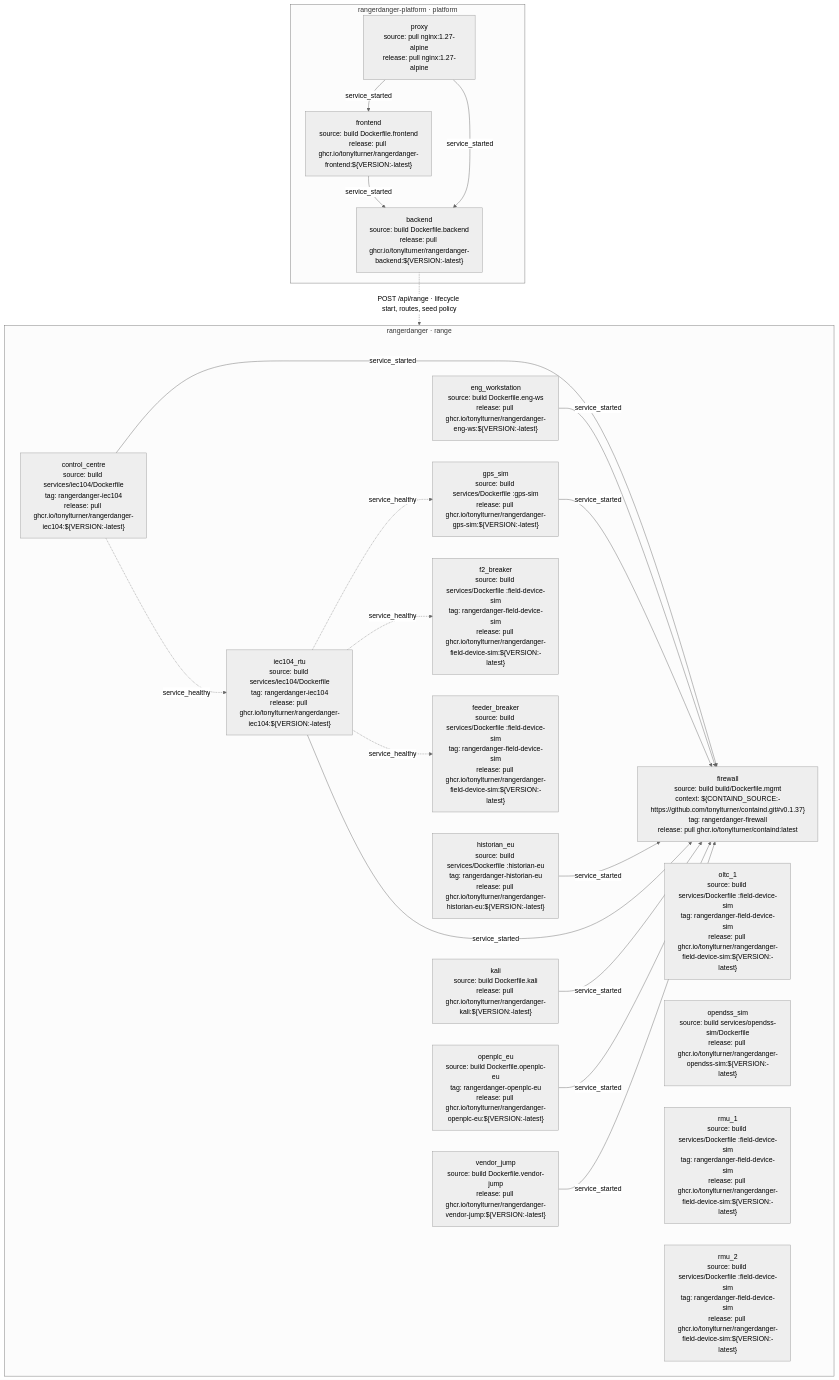
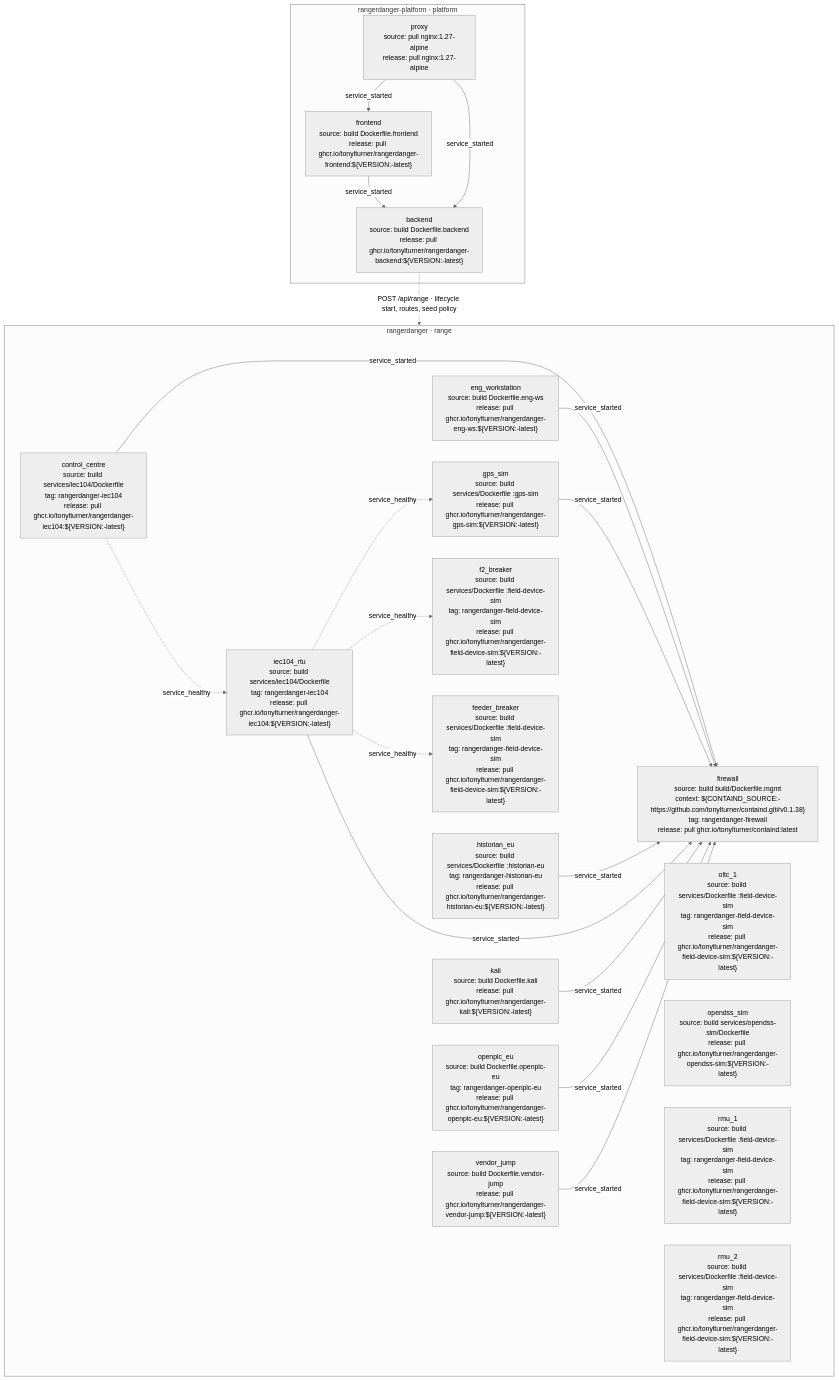
Before and after one commit to tonylturner/rangerdanger: the second of 5 diagrams in docs/architecture-diagram.md, drawn with Mermaid (neutral theme). The commit also changed other lines of this file and 5 other files, not shown here.

Commit message:
chore(containd): align source builds with release v0.1.38

````diff
--- a/docs/architecture-diagram.md
+++ b/docs/architecture-diagram.md
@@ -110,42 +110,42 @@
 ```mermaid
 flowchart TB
     subgraph n_eu_platform_fd8dd80811["rangerdanger-platform · platform"]
     n_eu_compose_backend_15fec7ecc7["backend<br/>source: build Dockerfile.backend<br/>release: pull ghcr.io/tonylturner/rangerdanger-backend:$#123;VERSION:-latest#125;"]
     n_eu_compose_frontend_3119788b25["frontend<br/>source: build Dockerfile.frontend<br/>release: pull ghcr.io/tonylturner/rangerdanger-frontend:$#123;VERSION:-latest#125;"]
     n_eu_compose_proxy_6dbc4a1028["proxy<br/>source: pull nginx:1.27-alpine<br/>release: pull nginx:1.27-alpine"]
     end
     n_eu_compose_frontend_3119788b25 -->|"service_started"| n_eu_compose_backend_15fec7ecc7
     n_eu_compose_proxy_6dbc4a1028 -->|"service_started"| n_eu_compose_backend_15fec7ecc7
     n_eu_compose_proxy_6dbc4a1028 -->|"service_started"| n_eu_compose_frontend_3119788b25
     subgraph n_eu_range_4e5f6bbc70["rangerdanger · range"]
     n_eu_compose_control_centre_4b800d8c10["control_centre<br/>source: build services/iec104/Dockerfile<br/>tag: rangerdanger-iec104<br/>release: pull ghcr.io/tonylturner/rangerdanger-iec104:$#123;VERSION:-latest#125;"]
     n_eu_compose_eng_workstation_2d3e74513d["eng_workstation<br/>source: build Dockerfile.eng-ws<br/>release: pull ghcr.io/tonylturner/rangerdanger-eng-ws:$#123;VERSION:-latest#125;"]
     n_eu_compose_f2_breaker_a576e4b257["f2_breaker<br/>source: build services/Dockerfile :field-device-sim<br/>tag: rangerdanger-field-device-sim<br/>release: pull ghcr.io/tonylturner/rangerdanger-field-device-sim:$#123;VERSION:-latest#125;"]
     n_eu_compose_feeder_breaker_7919f5a15f["feeder_breaker<br/>source: build services/Dockerfile :field-device-sim<br/>tag: rangerdanger-field-device-sim<br/>release: pull ghcr.io/tonylturner/rangerdanger-field-device-sim:$#123;VERSION:-latest#125;"]
-    n_eu_compose_firewall_9a9136ac1f["firewall<br/>source: build build/Dockerfile.mgmt<br/>context: $#123;CONTAIND_SOURCE:-https://github.com/tonylturner/containd.git#35;v0.1.37#125;<br/>tag: rangerdanger-firewall<br/>release: pull ghcr.io/tonylturner/containd:latest"]
+    n_eu_compose_firewall_9a9136ac1f["firewall<br/>source: build build/Dockerfile.mgmt<br/>context: $#123;CONTAIND_SOURCE:-https://github.com/tonylturner/containd.git#35;v0.1.38#125;<br/>tag: rangerdanger-firewall<br/>release: pull ghcr.io/tonylturner/containd:latest"]
     n_eu_compose_gps_sim_357317717a["gps_sim<br/>source: build services/Dockerfile :gps-sim<br/>release: pull ghcr.io/tonylturner/rangerdanger-gps-sim:$#123;VERSION:-latest#125;"]
     n_eu_compose_historian_eu_fdd66ce275["historian_eu<br/>source: build services/Dockerfile :historian-eu<br/>tag: rangerdanger-historian-eu<br/>release: pull ghcr.io/tonylturner/rangerdanger-historian-eu:$#123;VERSION:-latest#125;"]
     n_eu_compose_iec104_rtu_40cbbf549c["iec104_rtu<br/>source: build services/iec104/Dockerfile<br/>tag: rangerdanger-iec104<br/>release: pull ghcr.io/tonylturner/rangerdanger-iec104:$#123;VERSION:-latest#125;"]
     n_eu_compose_kali_cb199e11ae["kali<br/>source: build Dockerfile.kali<br/>release: pull ghcr.io/tonylturner/rangerdanger-kali:$#123;VERSION:-latest#125;"]
     n_eu_compose_oltc_1_be0f8efbee["oltc_1<br/>source: build services/Dockerfile :field-device-sim<br/>tag: rangerdanger-field-device-sim<br/>release: pull ghcr.io/tonylturner/rangerdanger-field-device-sim:$#123;VERSION:-latest#125;"]
     n_eu_compose_opendss_sim_4ddd9e0ab2["opendss_sim<br/>source: build services/opendss-sim/Dockerfile<br/>release: pull ghcr.io/tonylturner/rangerdanger-opendss-sim:$#123;VERSION:-latest#125;"]
     n_eu_compose_openplc_eu_b64c46df45["openplc_eu<br/>source: build Dockerfile.openplc-eu<br/>tag: rangerdanger-openplc-eu<br/>release: pull ghcr.io/tonylturner/rangerdanger-openplc-eu:$#123;VERSION:-latest#125;"]
     n_eu_compose_rmu_1_64eef69bd4["rmu_1<br/>source: build services/Dockerfile :field-device-sim<br/>tag: rangerdanger-field-device-sim<br/>release: pull ghcr.io/tonylturner/rangerdanger-field-device-sim:$#123;VERSION:-latest#125;"]
     n_eu_compose_rmu_2_0de5e31782["rmu_2<br/>source: build services/Dockerfile :field-device-sim<br/>tag: rangerdanger-field-device-sim<br/>release: pull ghcr.io/tonylturner/rangerdanger-field-device-sim:$#123;VERSION:-latest#125;"]
     n_eu_compose_vendor_jump_5f57da0a38["vendor_jump<br/>source: build Dockerfile.vendor-jump<br/>release: pull ghcr.io/tonylturner/rangerdanger-vendor-jump:$#123;VERSION:-latest#125;"]
     end
     n_eu_compose_control_centre_4b800d8c10 -->|"service_started"| n_eu_compose_firewall_9a9136ac1f
     n_eu_compose_control_centre_4b800d8c10 -.->|"service_healthy"| n_eu_compose_iec104_rtu_40cbbf549c
     n_eu_compose_eng_workstation_2d3e74513d -->|"service_started"| n_eu_compose_firewall_9a9136ac1f
     n_eu_compose_gps_sim_357317717a -->|"service_started"| n_eu_compose_firewall_9a9136ac1f
     n_eu_compose_historian_eu_fdd66ce275 -->|"service_started"| n_eu_compose_firewall_9a9136ac1f
     n_eu_compose_iec104_rtu_40cbbf549c -.->|"service_healthy"| n_eu_compose_f2_breaker_a576e4b257
     n_eu_compose_iec104_rtu_40cbbf549c -.->|"service_healthy"| n_eu_compose_feeder_breaker_7919f5a15f
     n_eu_compose_iec104_rtu_40cbbf549c -->|"service_started"| n_eu_compose_firewall_9a9136ac1f
     n_eu_compose_iec104_rtu_40cbbf549c -.->|"service_healthy"| n_eu_compose_gps_sim_357317717a
     n_eu_compose_kali_cb199e11ae -->|"service_started"| n_eu_compose_firewall_9a9136ac1f
     n_eu_compose_openplc_eu_b64c46df45 -->|"service_started"| n_eu_compose_firewall_9a9136ac1f
     n_eu_compose_vendor_jump_5f57da0a38 -->|"service_started"| n_eu_compose_firewall_9a9136ac1f
     %% source: backend/internal/lifecycle/transition.go:157
     n_eu_compose_backend_15fec7ecc7 -.->|"POST /api/range · lifecycle start, routes, seed policy"| n_eu_range_4e5f6bbc70
 ```
````
